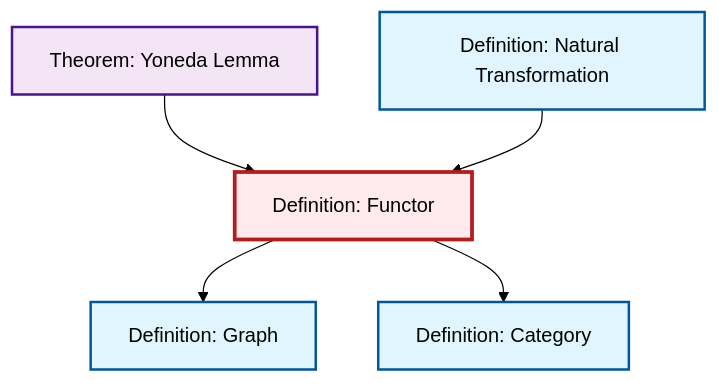
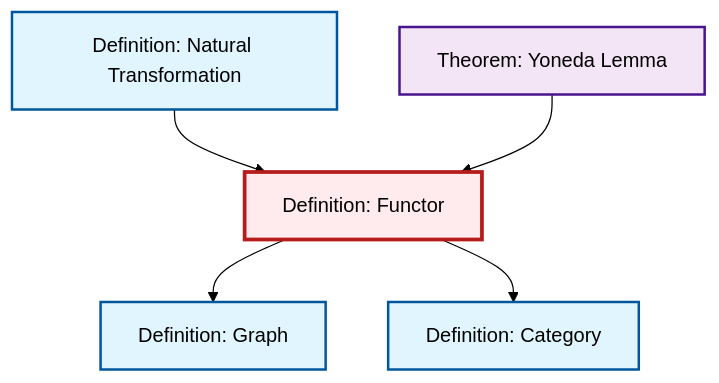
Before and after one commit to RK0429/ModernMath: the diagram in content/en/category-theory/def-functor.qmd, drawn with Mermaid (forest theme). The commit also changed other lines of this file and 615 other files, not shown here.

````diff
--- a/content/en/category-theory/def-functor.qmd
+++ b/content/en/category-theory/def-functor.qmd
@@ -49,23 +49,23 @@
 ```{mermaid}
 %%| fig-cap: "Local dependency graph"
 graph TD
     classDef definition fill:#e1f5fe,stroke:#01579b,stroke-width:2px
     classDef theorem fill:#f3e5f5,stroke:#4a148c,stroke-width:2px
     classDef axiom fill:#fff3e0,stroke:#e65100,stroke-width:2px
     classDef example fill:#e8f5e9,stroke:#1b5e20,stroke-width:2px
     classDef current fill:#ffebee,stroke:#b71c1c,stroke-width:3px
+    def-natural-transformation["Definition: Natural Transformation"]:::definition
+    def-category["Definition: Category"]:::definition
     def-functor["Definition: Functor"]:::definition
     thm-yoneda["Theorem: Yoneda Lemma"]:::theorem
-    def-natural-transformation["Definition: Natural Transformation"]:::definition
     def-graph["Definition: Graph"]:::definition
-    def-category["Definition: Category"]:::definition
+    def-natural-transformation --> def-functor
+    thm-yoneda --> def-functor
     def-functor --> def-graph
     def-functor --> def-category
-    thm-yoneda --> def-functor
-    def-natural-transformation --> def-functor
     class def-functor current
+    click def-natural-transformation "def-natural-transformation.html" "Go to Natural Transformation definition"
+    click def-category "def-category.html" "Go to Category definition"
     click thm-yoneda "thm-yoneda.html" "Go to Yoneda Lemma theorem"
-    click def-natural-transformation "def-natural-transformation.html" "Go to Natural Transformation definition"
     click def-graph "def-graph.html" "Go to Graph definition"
-    click def-category "def-category.html" "Go to Category definition"
 ```
````
